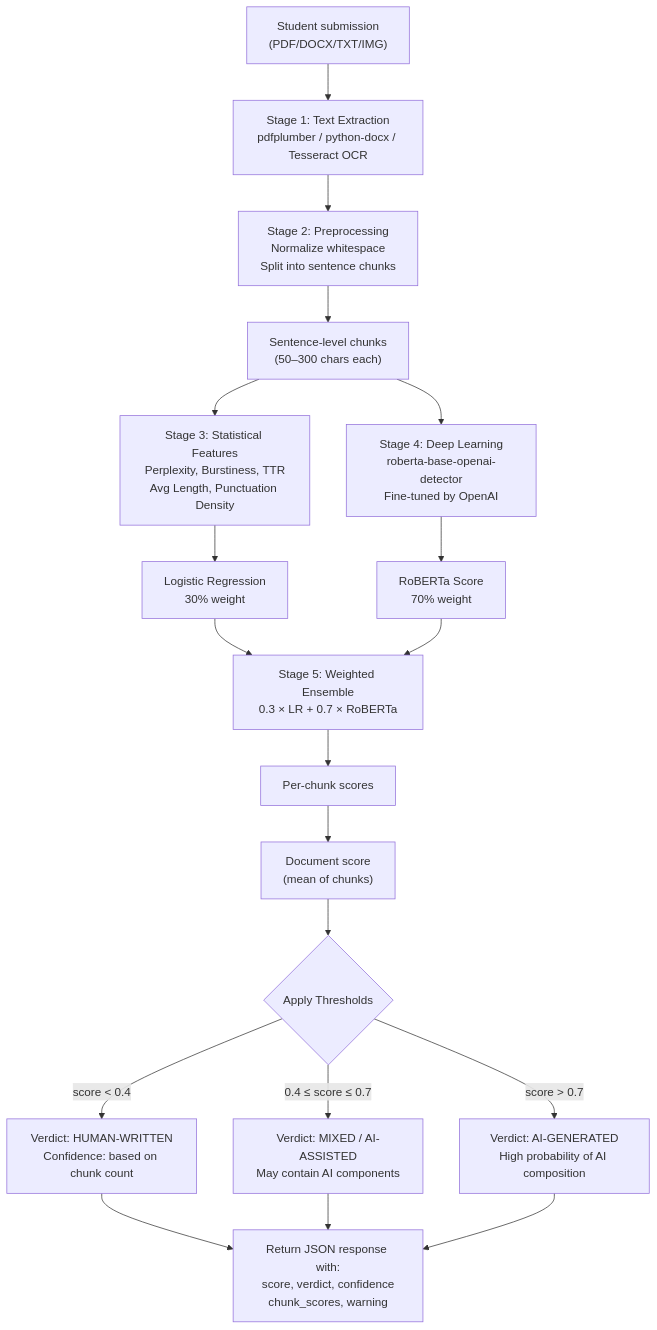
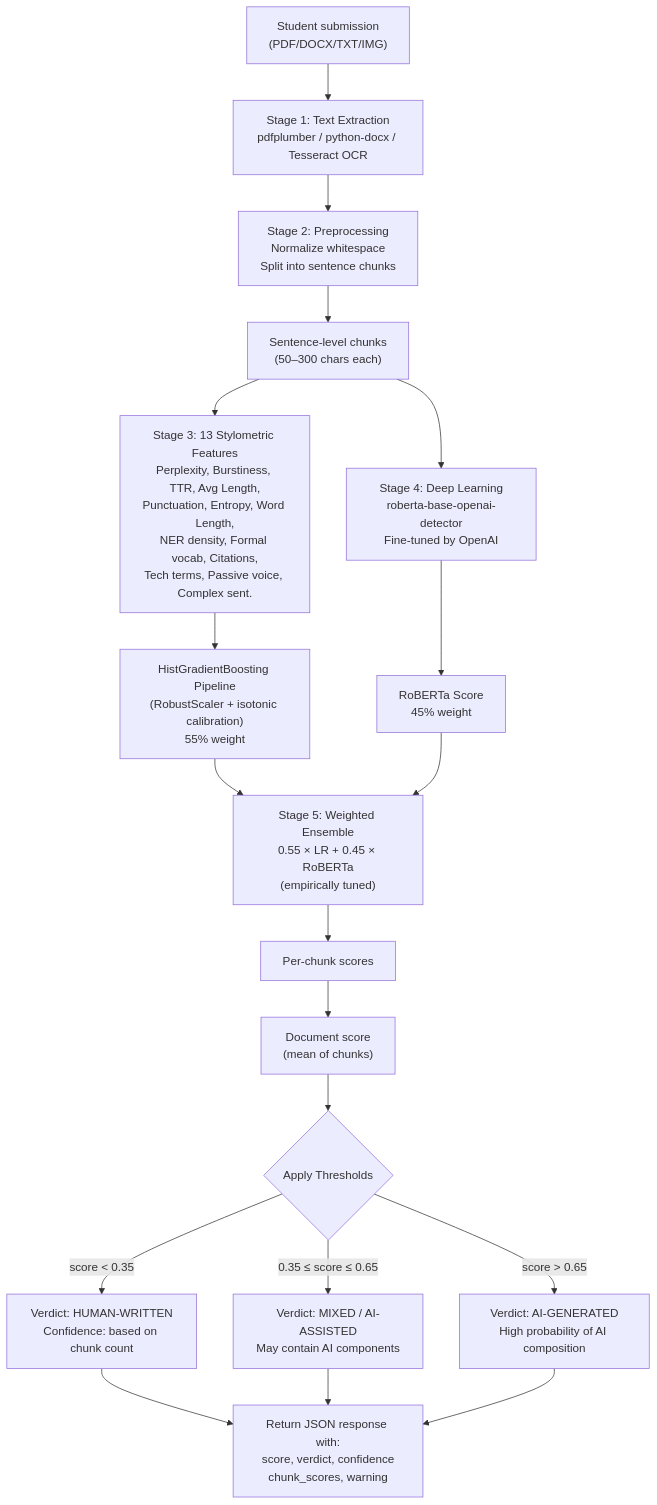
Before and after one commit to securitywithhem/vaultiq: the fourth of 10 diagrams in README.md, drawn with Mermaid. The commit also changed other lines of this file and 20 other files, not shown here.

First line of the commit message:
feat: retrain AI detector with tuned RoBERTa+HistGB ensemble

````diff
--- a/README.md
+++ b/README.md
@@ -427,27 +431,27 @@
 ```mermaid
 flowchart TD
     Input["Student submission<br/>(PDF/DOCX/TXT/IMG)"] --> Extract["Stage 1: Text Extraction<br/>pdfplumber / python-docx / Tesseract OCR"]
     Extract --> Preprocess["Stage 2: Preprocessing<br/>Normalize whitespace<br/>Split into sentence chunks"]
     Preprocess --> Split["Sentence-level chunks<br/>(50–300 chars each)"]
     
-    Split --> StatFeatures["Stage 3: Statistical Features<br/>Perplexity, Burstiness, TTR<br/>Avg Length, Punctuation Density"]
+    Split --> StatFeatures["Stage 3: 13 Stylometric Features<br/>Perplexity, Burstiness, TTR, Avg Length,<br/>Punctuation, Entropy, Word Length,<br/>NER density, Formal vocab, Citations,<br/>Tech terms, Passive voice, Complex sent."]
     Split --> RoBERTa["Stage 4: Deep Learning<br/>roberta-base-openai-detector<br/>Fine-tuned by OpenAI"]
     
-    StatFeatures --> LRScore["Logistic Regression<br/>30% weight"]
-    RoBERTa --> RoBERTaScore["RoBERTa Score<br/>70% weight"]
+    StatFeatures --> LRScore["HistGradientBoosting Pipeline<br/>(RobustScaler + isotonic calibration)<br/>55% weight"]
+    RoBERTa --> RoBERTaScore["RoBERTa Score<br/>45% weight"]
     
-    LRScore --> Ensemble["Stage 5: Weighted Ensemble<br/>0.3 × LR + 0.7 × RoBERTa"]
+    LRScore --> Ensemble["Stage 5: Weighted Ensemble<br/>0.55 × LR + 0.45 × RoBERTa<br/>(empirically tuned)"]
     RoBERTaScore --> Ensemble
     
     Ensemble --> ChunkScores["Per-chunk scores"]
     ChunkScores --> DocScore["Document score<br/>(mean of chunks)"]
     DocScore --> Verdict{"Apply Thresholds"}
     
-    Verdict -->|"score < 0.4"| Human["Verdict: HUMAN-WRITTEN<br/>Confidence: based on chunk count"]
-    Verdict -->|"0.4 ≤ score ≤ 0.7"| Mixed["Verdict: MIXED / AI-ASSISTED<br/>May contain AI components"]
-    Verdict -->|"score > 0.7"| AIGen["Verdict: AI-GENERATED<br/>High probability of AI composition"]
+    Verdict -->|"score < 0.35"| Human["Verdict: HUMAN-WRITTEN<br/>Confidence: based on chunk count"]
+    Verdict -->|"0.35 ≤ score ≤ 0.65"| Mixed["Verdict: MIXED / AI-ASSISTED<br/>May contain AI components"]
+    Verdict -->|"score > 0.65"| AIGen["Verdict: AI-GENERATED<br/>High probability of AI composition"]
     
     Human --> Response["Return JSON response with:<br/>score, verdict, confidence<br/>chunk_scores, warning"]
     Mixed --> Response
     AIGen --> Response
 ```
````
